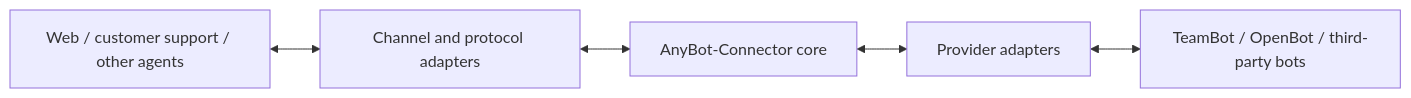
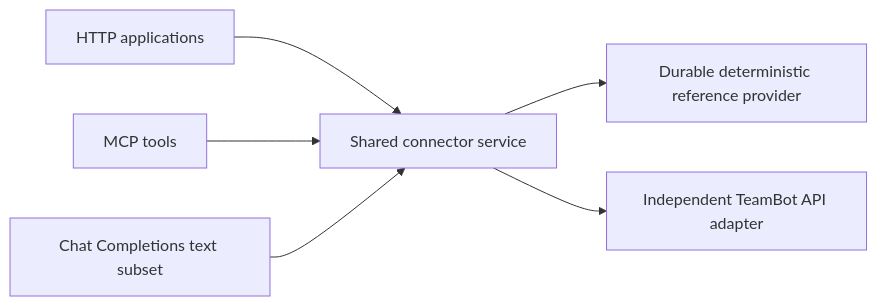
The diagram in README.md (Harzva/anybot-connector), drawn with Mermaid before and after one commit. The commit also changed other lines of this file and 49 other files, not shown here.

First line of the commit message:
feat: deliver runnable connector alpha with isolated TeamBot acceptance

````diff
--- a/README.md
+++ b/README.md
@@ -9,7 +11,8 @@
 ```mermaid
 flowchart LR
-  Apps[Web / customer support / other agents] <--> Channels[Channel and protocol adapters]
-  Channels <--> Core[AnyBot-Connector core]
-  Core <--> Providers[Provider adapters]
-  Providers <--> Bots[TeamBot / OpenBot / third-party bots]
+  HTTP[HTTP applications] --> Core[Shared connector service]
+  MCP[MCP tools] --> Core
+  Chat[Chat Completions text subset] --> Core
+  Core --> Reference[Durable deterministic reference provider]
+  Core --> TeamBot[Independent TeamBot API adapter]
 ```
````
